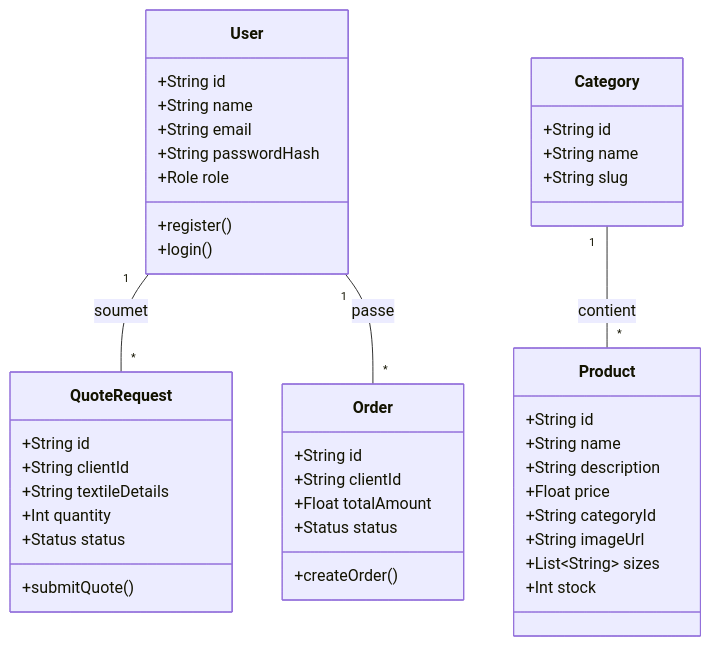
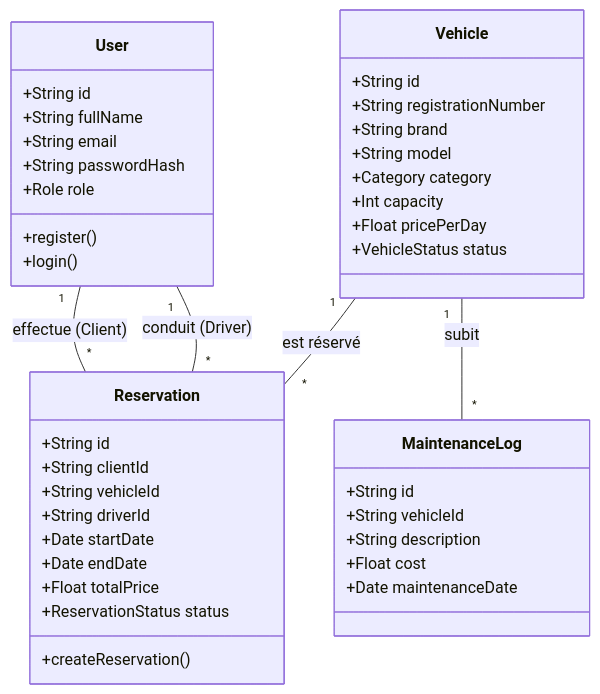
The second of 3 diagrams in frontend/DIAGRAMMES_UML.md (andryandraina965-ux/skeleton), drawn with Mermaid before and after one commit. The commit also changed other lines of this file and 4 other files, not shown here.

````diff
--- a/frontend/DIAGRAMMES_UML.md
+++ b/frontend/DIAGRAMMES_UML.md
@@ -44,50 +44,48 @@
 ```mermaid
 classDiagram
     class User {
         +String id
-        +String name
+        +String fullName
         +String email
         +String passwordHash
         +Role role
         +register()
         +login()
     }
 
-    class Category {
+    class Vehicle {
         +String id
-        +String name
-        +String slug
+        +String registrationNumber
+        +String brand
+        +String model
+        +Category category
+        +Int capacity
+        +Float pricePerDay
+        +VehicleStatus status
     }
 
-    class Product {
+    class Reservation {
         +String id
-        +String name
-        +String description
-        +Float price
-        +String categoryId
-        +String imageUrl
-        +List~String~ sizes
-        +Int stock
+        +String clientId
+        +String vehicleId
+        +String driverId
+        +Date startDate
+        +Date endDate
+        +Float totalPrice
+        +ReservationStatus status
+        +createReservation()
     }
 
-    class QuoteRequest {
+    class MaintenanceLog {
         +String id
-        +String clientId
-        +String textileDetails
-        +Int quantity
-        +Status status
-        +submitQuote()
+        +String vehicleId
+        +String description
+        +Float cost
+        +Date maintenanceDate
     }
 
-    class Order {
-        +String id
-        +String clientId
-        +Float totalAmount
-        +Status status
-        +createOrder()
-    }
-
-    Category "1" -- "*" Product : contient
-    User "1" -- "*" QuoteRequest : soumet
-    User "1" -- "*" Order : passe
+    User "1" -- "*" Reservation : effectue (Client)
+    User "1" -- "*" Reservation : conduit (Driver)
+    Vehicle "1" -- "*" Reservation : est réservé
+    Vehicle "1" -- "*" MaintenanceLog : subit
 ```
````
